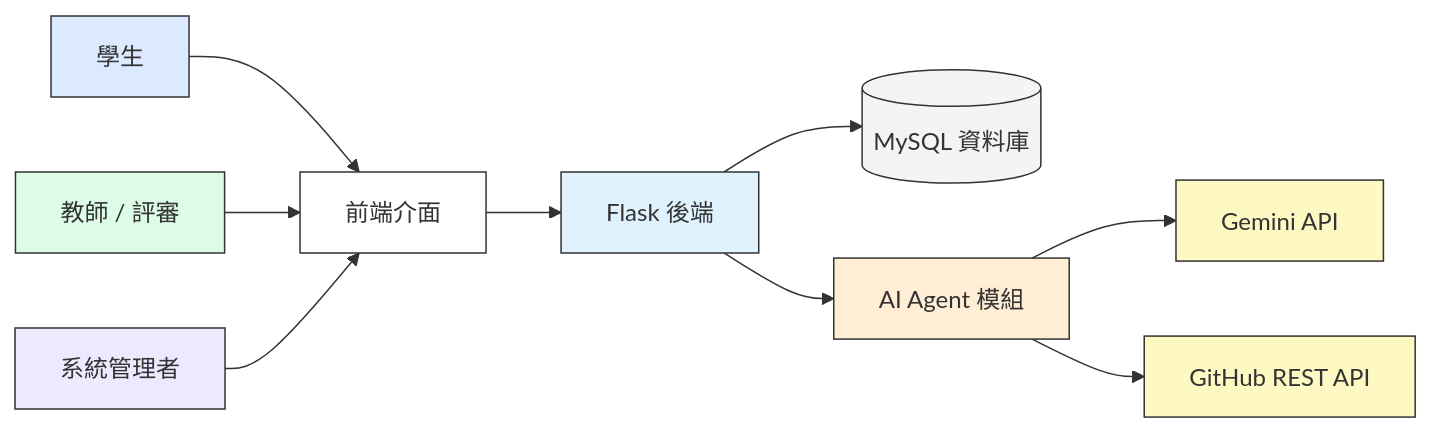
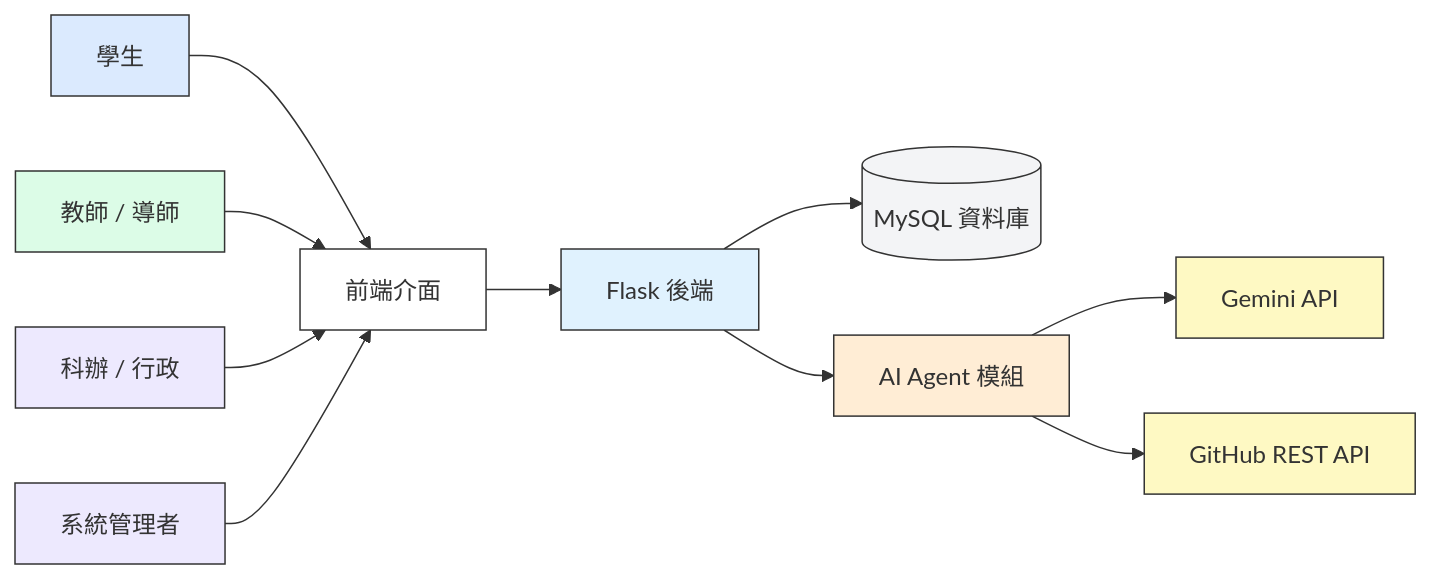
Before and after one commit to vujhdcusa/1028: the first of 14 diagrams in docs/diagrams.md, drawn with Mermaid. The commit also changed other lines of this file and 114 other files, not shown here.

````diff
--- a/docs/diagrams.md
+++ b/docs/diagrams.md
@@ -9,29 +9,30 @@
 ```mermaid
 flowchart LR
     %% 顏色與樣式定義
     classDef frontend fill:#fff,stroke:#333;
     classDef backend fill:#E0F2FE,stroke:#333;
     classDef db fill:#F3F4F6,stroke:#333;
     classDef ai fill:#FFEDD5,stroke:#333;
     classDef external fill:#FEF9C3,stroke:#333;
     classDef student fill:#DBEAFE,stroke:#333;
     classDef teacher fill:#DCFCE7,stroke:#333;
     classDef admin fill:#EDE9FE,stroke:#333;
 
     U[前端介面]:::frontend
     R[Flask 後端]:::backend
     M[(MySQL 資料庫)]:::db
     AI[AI Agent 模組]:::ai
     Gemini[Gemini API]:::external
     GH[GitHub REST API]:::external
     
     Student[學生]:::student --> U
-    Teacher[教師 / 評審]:::teacher --> U
+    Teacher[教師 / 導師]:::teacher --> U
+    Staff[科辦 / 行政]:::admin --> U
     Admin[系統管理者]:::admin --> U
     
     U --> R
     R --> M
     R --> AI
     AI --> Gemini
     AI --> GH
 ```
````
